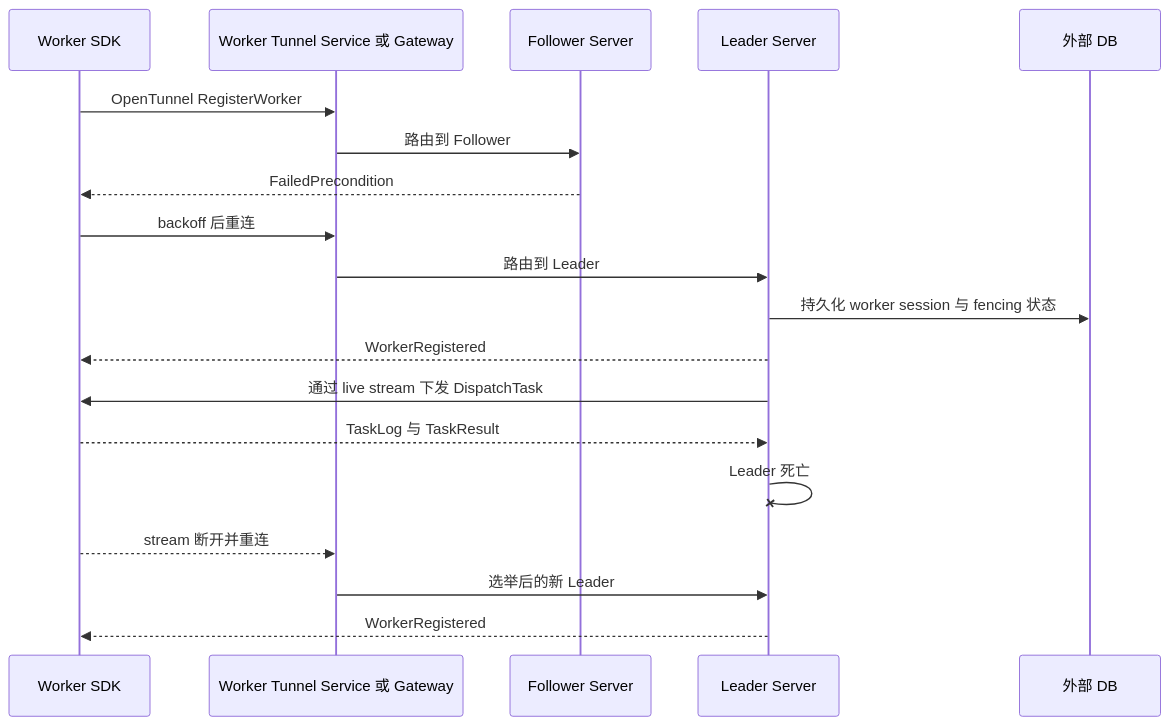
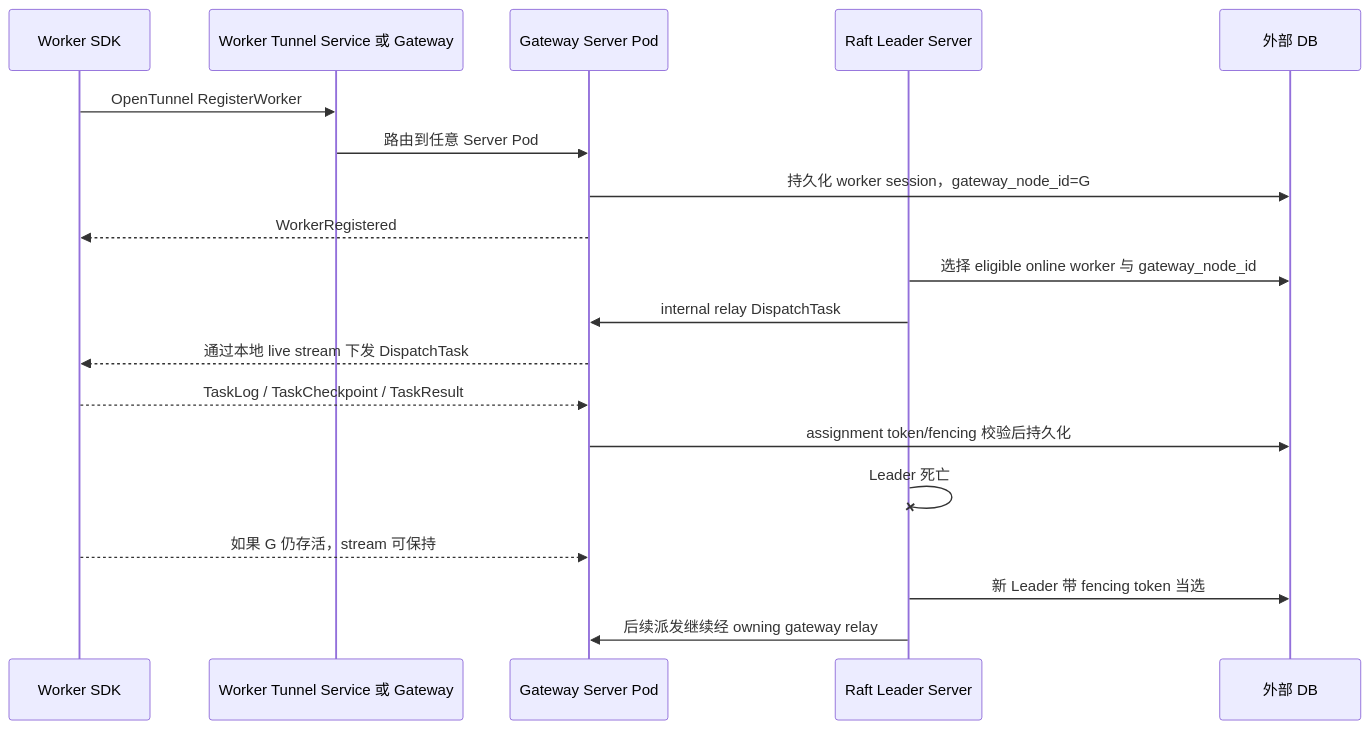
Before and after one commit to yhyzgn/tikeo: the fourth of 4 diagrams in docs/i18n/zh-CN/docusaurus-plugin-content-docs/current/deployment/server-ha.md, drawn with Mermaid. The commit also changed other lines of this file and 29 other files, not shown here.

First line of the commit message:
Route worker tunnels through gateway pods

````diff
--- a/docs/i18n/zh-CN/docusaurus-plugin-content-docs/current/deployment/server-ha.md
+++ b/docs/i18n/zh-CN/docusaurus-plugin-content-docs/current/deployment/server-ha.md
@@ -231,22 +231,22 @@
 ```mermaid
 sequenceDiagram
   participant W as Worker SDK
   participant LB as Worker Tunnel Service 或 Gateway
-  participant F as Follower Server
-  participant L as Leader Server
+  participant G as Gateway Server Pod
+  participant L as Raft Leader Server
   participant DB as 外部 DB
 
   W->>LB: OpenTunnel RegisterWorker
-  LB->>F: 路由到 Follower
-  F-->>W: FailedPrecondition
-  W->>LB: backoff 后重连
-  LB->>L: 路由到 Leader
-  L->>DB: 持久化 worker session 与 fencing 状态
-  L-->>W: WorkerRegistered
-  L->>W: 通过 live stream 下发 DispatchTask
-  W-->>L: TaskLog 与 TaskResult
+  LB->>G: 路由到任意 Server Pod
+  G->>DB: 持久化 worker session，gateway_node_id=G
+  G-->>W: WorkerRegistered
+  L->>DB: 选择 eligible online worker 与 gateway_node_id
+  L->>G: internal relay DispatchTask
+  G-->>W: 通过本地 live stream 下发 DispatchTask
+  W-->>G: TaskLog / TaskCheckpoint / TaskResult
+  G->>DB: assignment token/fencing 校验后持久化
   L-xL: Leader 死亡
-  W-->>LB: stream 断开并重连
-  LB->>L: 选举后的新 Leader
-  L-->>W: WorkerRegistered
+  W-->>G: 如果 G 仍存活，stream 可保持
+  L->>DB: 新 Leader 带 fencing token 当选
+  L->>G: 后续派发继续经 owning gateway relay
 ```
````
